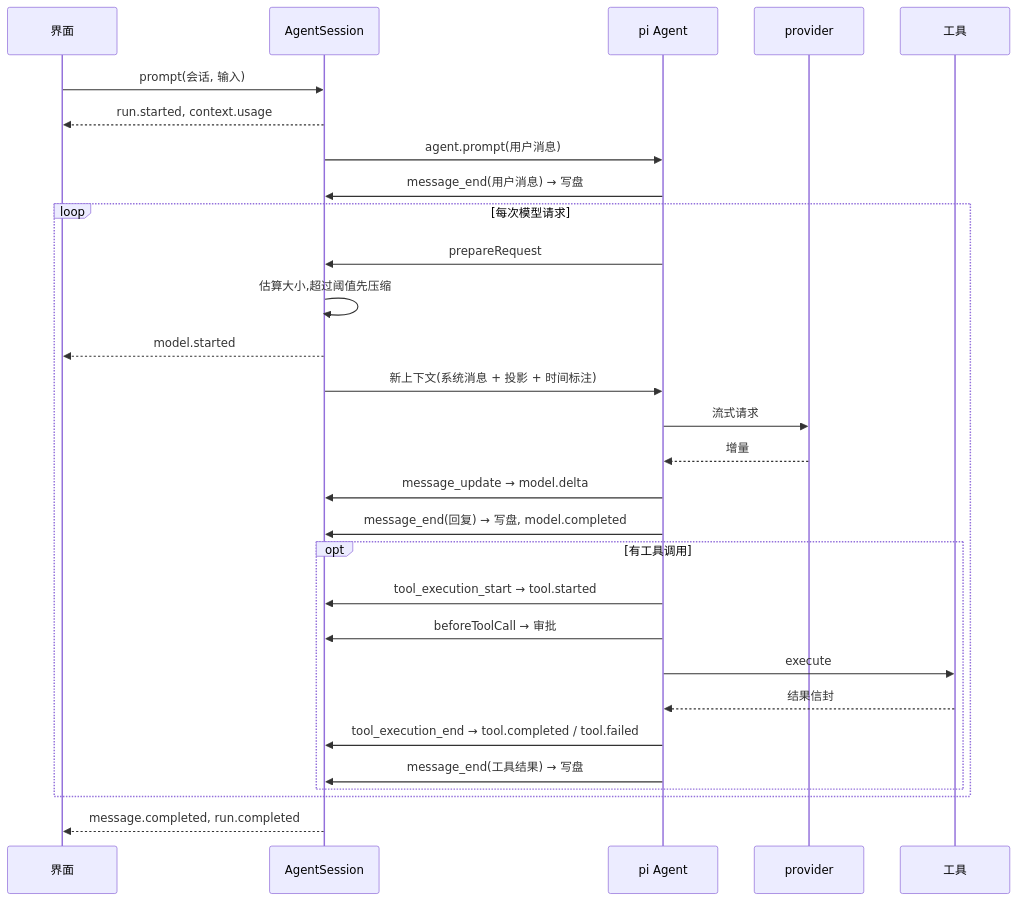
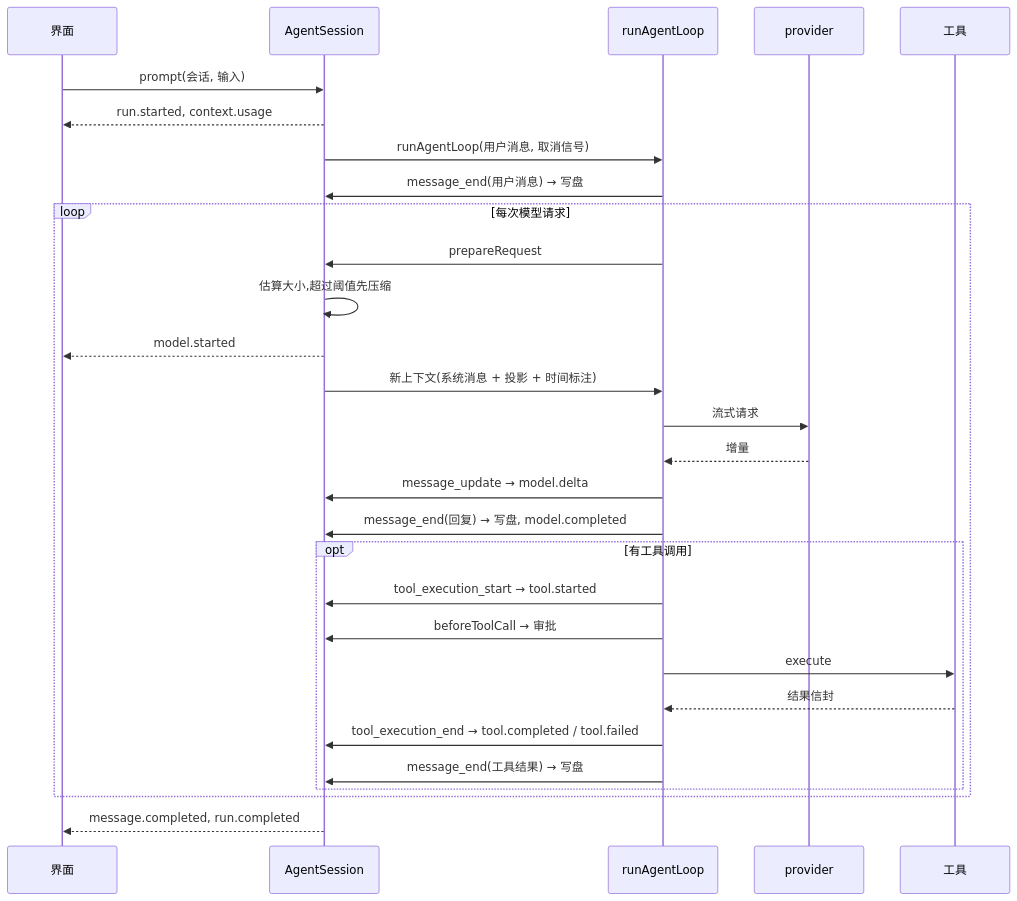
The diagram in docs/architecture.md (Jiminyang1/minibot-ts), drawn with Mermaid before and after one commit. The commit also changed other lines of this file and 4 other files, not shown here.

First line of the commit message:
runtime: run turns on runAgentLoop; retry in the stream; close every unfinished turn

````diff
--- a/docs/architecture.md
+++ b/docs/architecture.md
@@ -26,31 +27,31 @@
 ```mermaid
 sequenceDiagram
     participant UI as 界面
     participant S as AgentSession
-    participant A as pi Agent
+    participant A as runAgentLoop
     participant P as provider
     participant T as 工具
     UI->>S: prompt(会话, 输入)
     S-->>UI: run.started, context.usage
-    S->>A: agent.prompt(用户消息)
+    S->>A: runAgentLoop(用户消息, 取消信号)
     A->>S: message_end(用户消息) → 写盘
     loop 每次模型请求
         A->>S: prepareRequest
         S->>S: 估算大小,超过阈值先压缩
         S-->>UI: model.started
         S->>A: 新上下文(系统消息 + 投影 + 时间标注)
         A->>P: 流式请求
         P-->>A: 增量
         A->>S: message_update → model.delta
         A->>S: message_end(回复) → 写盘, model.completed
         opt 有工具调用
             A->>S: tool_execution_start → tool.started
             A->>S: beforeToolCall → 审批
             A->>T: execute
             T-->>A: 结果信封
             A->>S: tool_execution_end → tool.completed / tool.failed
             A->>S: message_end(工具结果) → 写盘
         end
     end
     S-->>UI: message.completed, run.completed
 ```
````
